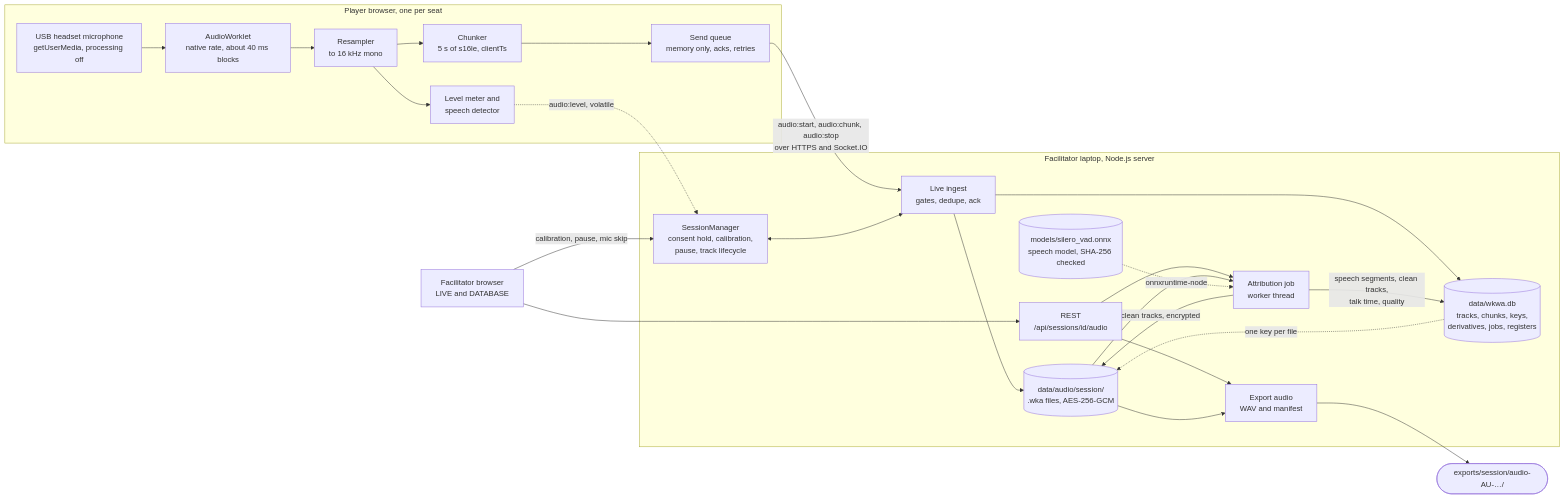
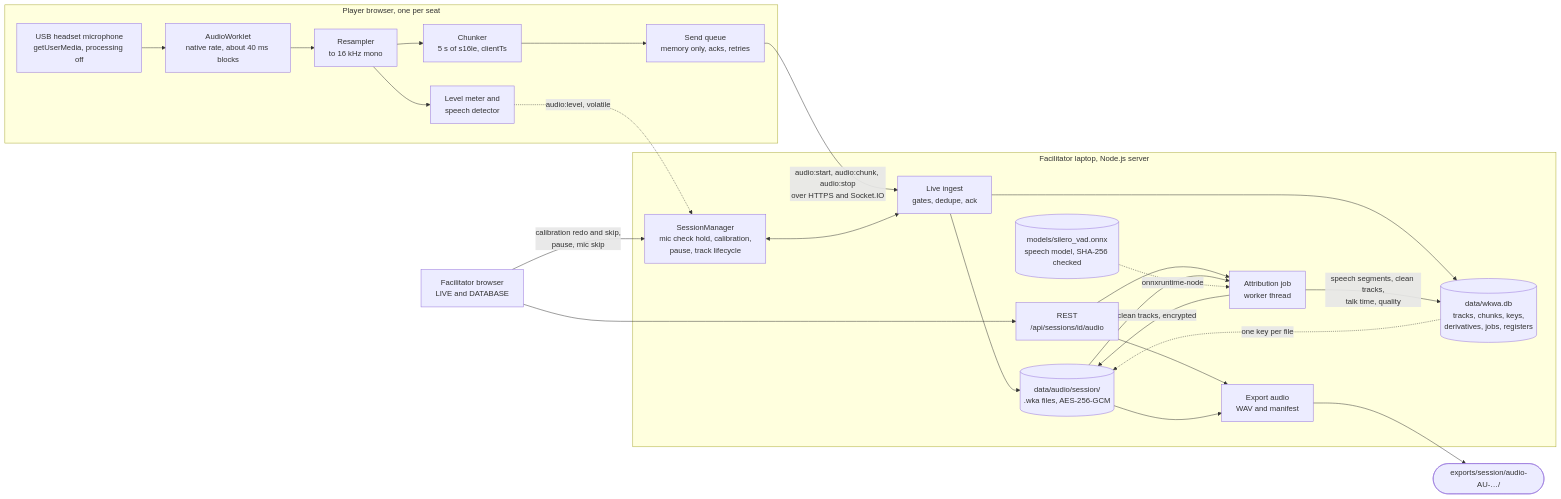
The first of 11 diagrams in docs/AUDIO.md (xy-zak/WhoKnowsWhoActs), drawn with Mermaid before and after one commit. The commit also changed other lines of this file and 21 other files, not shown here.

First line of the commit message:
Docs: session startup flow (welcome page, eleven setup steps, consent sections, mic check hold until the briefing, calibration readiness); change logs

````diff
--- a/docs/AUDIO.md
+++ b/docs/AUDIO.md
@@ -65,40 +66,40 @@
 ```mermaid
 flowchart LR
   subgraph Browser["Player browser, one per seat"]
     MIC["USB headset microphone<br/>getUserMedia, processing off"]
     WK["AudioWorklet<br/>native rate, about 40 ms blocks"]
     RS["Resampler<br/>to 16 kHz mono"]
     CH["Chunker<br/>5 s of s16le, clientTs"]
     Q["Send queue<br/>memory only, acks, retries"]
     LV["Level meter and<br/>speech detector"]
     MIC --> WK --> RS --> CH --> Q
     RS --> LV
   end
   subgraph Server["Facilitator laptop, Node.js server"]
     ING["Live ingest<br/>gates, dedupe, ack"]
-    SM["SessionManager<br/>consent hold, calibration,<br/>pause, track lifecycle"]
+    SM["SessionManager<br/>mic check hold, calibration,<br/>pause, track lifecycle"]
     STORE[("data/audio/session/<br/>.wka files, AES-256-GCM")]
     DB[("data/wkwa.db<br/>tracks, chunks, keys,<br/>derivatives, jobs, registers")]
     JOB["Attribution job<br/>worker thread"]
     VAD[("models/silero_vad.onnx<br/>speech model, SHA-256 checked")]
     EXP["Export audio<br/>WAV and manifest"]
     API["REST<br/>/api/sessions/id/audio"]
   end
   FAC["Facilitator browser<br/>LIVE and DATABASE"]
   Q -->|"audio:start, audio:chunk, audio:stop<br/>over HTTPS and Socket.IO"| ING
   LV -.->|"audio:level, volatile"| SM
   SM <--> ING
   ING --> STORE
   ING --> DB
   DB -.->|"one key per file"| STORE
-  FAC -->|"calibration, pause, mic skip"| SM
+  FAC -->|"calibration redo and skip,<br/>pause, mic skip"| SM
   FAC --> API
   API --> JOB
   STORE --> JOB
   VAD -.->|"onnxruntime-node"| JOB
   JOB -->|"speech segments, clean tracks,<br/>talk time, quality"| DB
   JOB -->|"clean tracks, encrypted"| STORE
   API --> EXP
   STORE --> EXP
   EXP --> OUT(["exports/session/audio-AU-…/"])
 ```
````
